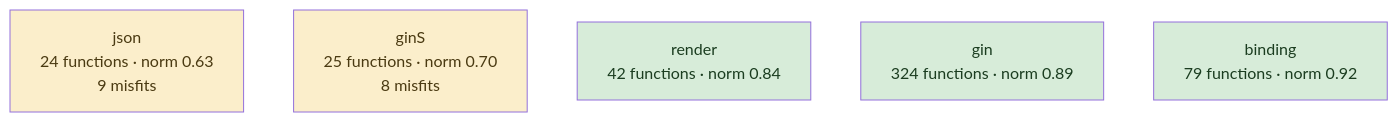
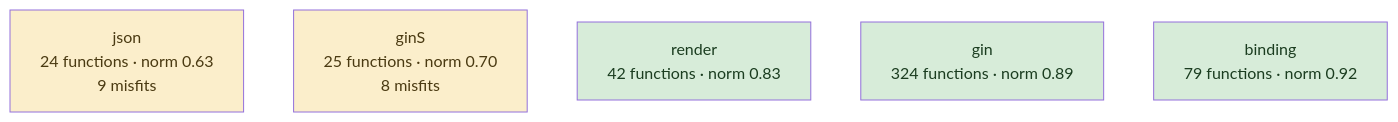
Before and after one commit to LukasSelin/doppel: the second of 7 diagrams in examples/gin.md, drawn with Mermaid. The commit also changed other lines of this file and 9 other files, not shown here.

````diff
--- a/examples/gin.md
+++ b/examples/gin.md
@@ -233,13 +226,13 @@
 ```mermaid
 flowchart TD
     h0["json<br/>24 functions · norm 0.63<br/>9 misfits"]
     h1["ginS<br/>25 functions · norm 0.70<br/>8 misfits"]
-    h2["render<br/>42 functions · norm 0.84"]
+    h2["render<br/>42 functions · norm 0.83"]
     h3["gin<br/>324 functions · norm 0.89"]
     h4["binding<br/>79 functions · norm 0.92"]
     classDef good fill:#d7ecd9,color:#1b3d20
     classDef warn fill:#fbeecb,color:#4a3a12
     classDef hot fill:#f7d6d6,color:#4a1c1c
     class h2,h3,h4 good
     class h0,h1 warn
 ```
````
